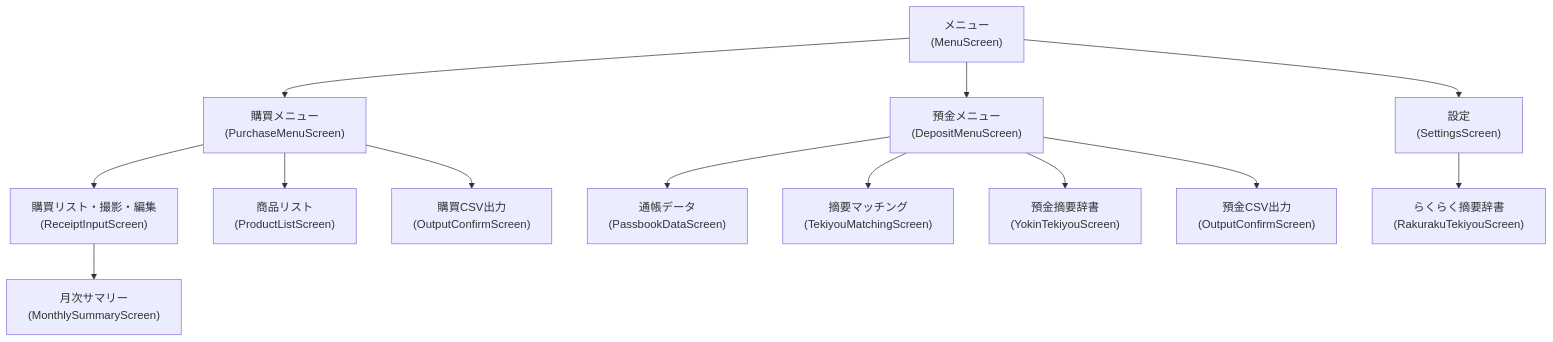
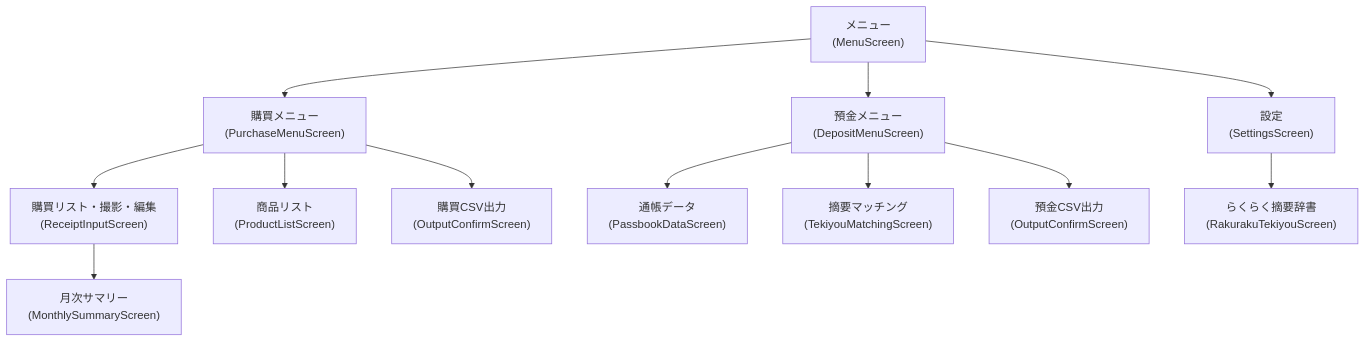
The first of 2 diagrams in docs/functional-design.md (toshi859sti/ReceiptOCR), drawn with Mermaid before and after one commit. The commit also changed 6 other files, not shown here.

First line of the commit message:
Remove the unreachable deposit memo dictionary screen

````diff
--- a/docs/functional-design.md
+++ b/docs/functional-design.md
@@ -5,33 +5,31 @@
 ```mermaid
 flowchart TD
     Menu["メニュー\n(MenuScreen)"]
     PurchaseMenu["購買メニュー\n(PurchaseMenuScreen)"]
     DepositMenu["預金メニュー\n(DepositMenuScreen)"]
     ReceiptInput["購買リスト・撮影・編集\n(ReceiptInputScreen)"]
     MonthlySummary["月次サマリー\n(MonthlySummaryScreen)"]
     ProductList["商品リスト\n(ProductListScreen)"]
     PurchaseOutputConfirm["購買CSV出力\n(OutputConfirmScreen)"]
     PassbookData["通帳データ\n(PassbookDataScreen)"]
     TekiyouMatching["摘要マッチング\n(TekiyouMatchingScreen)"]
-    YokinTekiyou["預金摘要辞書\n(YokinTekiyouScreen)"]
     DepositOutputConfirm["預金CSV出力\n(OutputConfirmScreen)"]
     Settings["設定\n(SettingsScreen)"]
     RakurakuTekiyou["らくらく摘要辞書\n(RakurakuTekiyouScreen)"]
 
     Menu --> PurchaseMenu
     Menu --> DepositMenu
     Menu --> Settings
 
     PurchaseMenu --> ReceiptInput
     PurchaseMenu --> ProductList
     PurchaseMenu --> PurchaseOutputConfirm
 
     ReceiptInput --> MonthlySummary
 
     DepositMenu --> PassbookData
     DepositMenu --> TekiyouMatching
-    DepositMenu --> YokinTekiyou
     DepositMenu --> DepositOutputConfirm
 
     Settings --> RakurakuTekiyou
 ```
````
